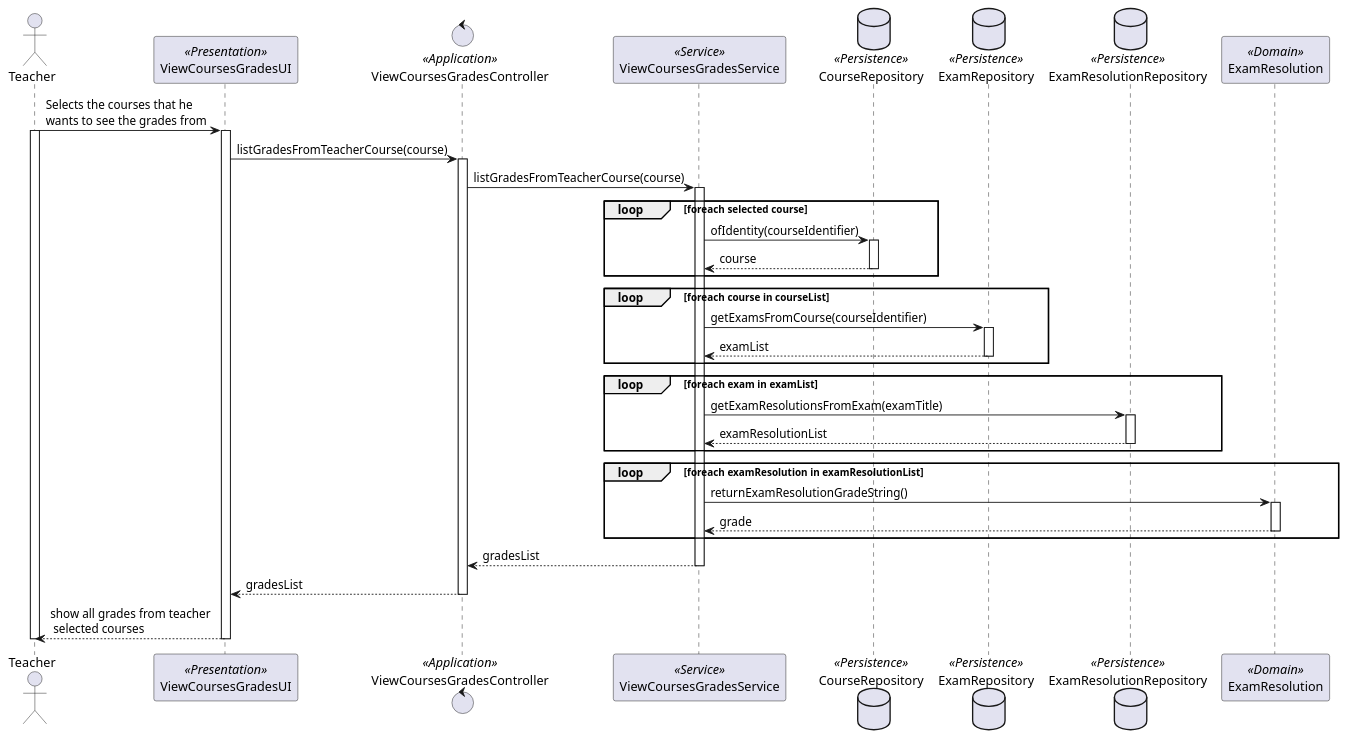
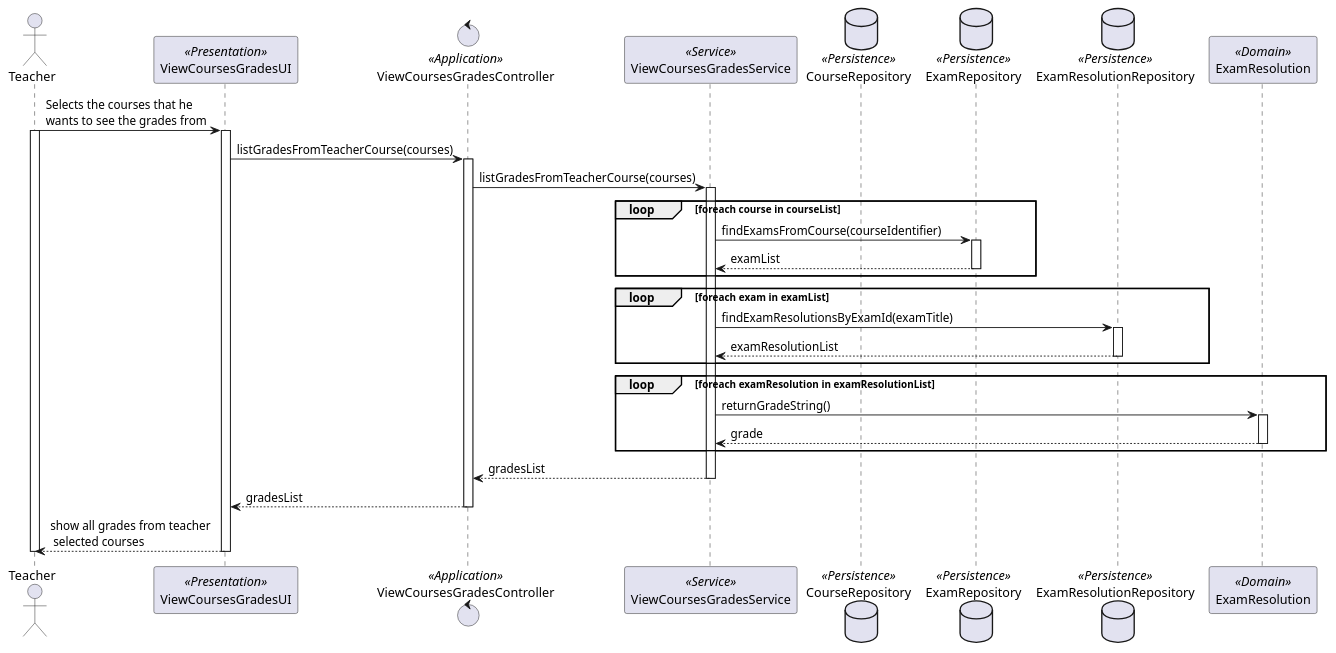
The diagram in docs/Sprint_C/us_2006/US2006SD.puml (Marco-Nobrega-Andrade/sem4pi_22_23), drawn with PlantUML before and after one commit. The commit also changed 1 other file, not shown here.

```diff
--- a/docs/Sprint_C/us_2006/US2006SD.puml
+++ b/docs/Sprint_C/us_2006/US2006SD.puml
@@ -1,45 +1,39 @@
 @startuml
 actor Teacher as T
 participant "ViewCoursesGradesUI" as UI <<Presentation>>
 control "ViewCoursesGradesController" as CTRL <<Application>>
 participant "ViewCoursesGradesService" as S <<Service>>
 database "CourseRepository" as CR <<Persistence>>
 database "ExamRepository" as ER <<Persistence>>
 database "ExamResolutionRepository" as ERR <<Persistence>>
 participant "ExamResolution" as ExamR <<Domain>>
 
 
 T->UI: Selects the courses that he \nwants to see the grades from
 activate T
 activate UI
-UI->CTRL : listGradesFromTeacherCourse(course)
+UI->CTRL : listGradesFromTeacherCourse(courses)
 activate CTRL
-CTRL->S: listGradesFromTeacherCourse(course)
+CTRL->S: listGradesFromTeacherCourse(courses)
 activate S
-loop foreach selected course
-S -> CR : ofIdentity(courseIdentifier)
-activate CR
-return course
-end loop
 loop foreach course in courseList
-S-> ER : getExamsFromCourse(courseIdentifier)
+S-> ER : findExamsFromCourse(courseIdentifier)
 activate ER
 return examList
 end loop
 loop foreach exam in examList
-S-> ERR : getExamResolutionsFromExam(examTitle)
+S-> ERR : findExamResolutionsByExamId(examTitle)
 activate ERR
 return examResolutionList
 end loop
 loop foreach examResolution in examResolutionList
-S-> ExamR : returnExamResolutionGradeString()
+S-> ExamR : returnGradeString()
 activate ExamR
 return grade
 end loop
-
 return gradesList
 return gradesList
 return show all grades from teacher\n selected courses
 deactivate UI
 deactivate T
 @enduml
```
